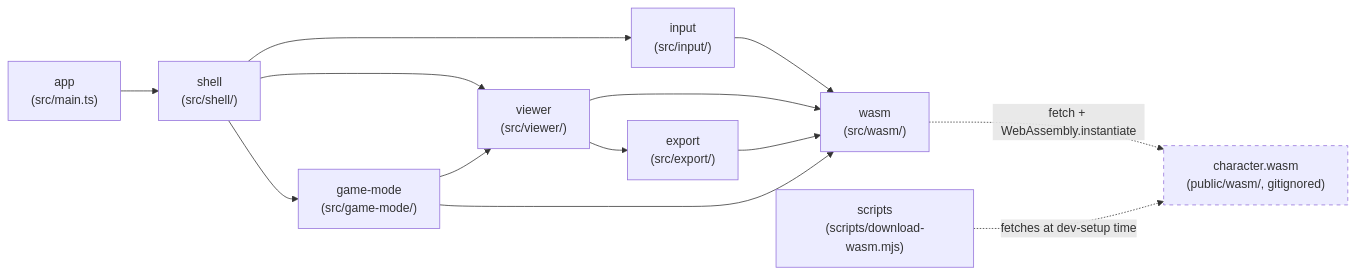
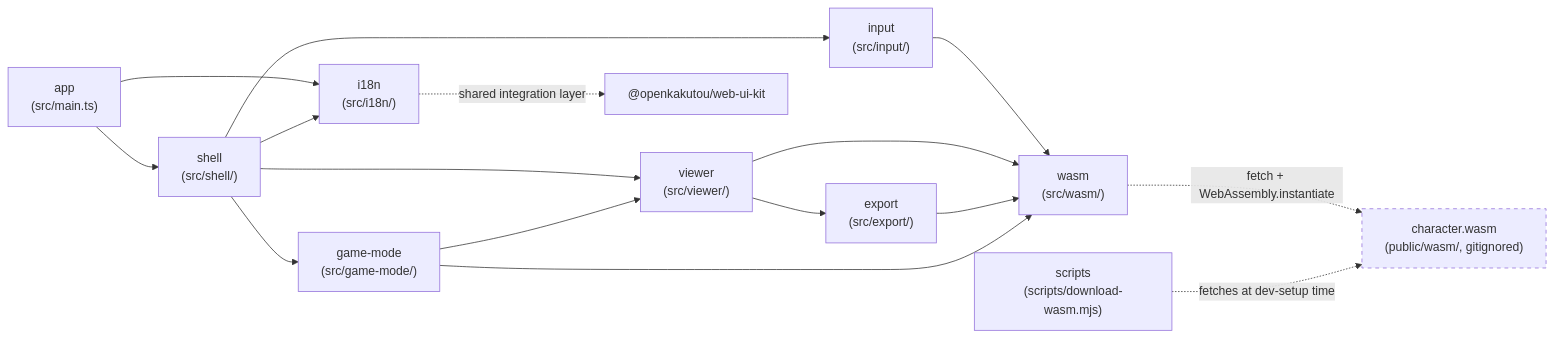
The diagram in docs/architecture.md (openkakutou/character-viewer-web), drawn with Mermaid before and after one commit. The commit also changed other lines of this file and 30 other files, not shown here.

````diff
--- a/docs/architecture.md
+++ b/docs/architecture.md
@@ -13,17 +15,20 @@
 ```mermaid
 flowchart LR
     app["app\n(src/main.ts)"] --> shell["shell\n(src/shell/)"]
     shell --> input["input\n(src/input/)"]
     shell --> viewer["viewer\n(src/viewer/)"]
     shell --> gamemode["game-mode\n(src/game-mode/)"]
     viewer --> export["export\n(src/export/)"]
     input --> wasm["wasm\n(src/wasm/)"]
     viewer --> wasm
     export --> wasm
     gamemode --> wasm
     gamemode --> viewer
     wasm -.->|fetch + WebAssembly.instantiate| module["character.wasm\n(public/wasm/, gitignored)"]
     scripts["scripts\n(scripts/download-wasm.mjs)"] -.->|fetches at dev-setup time| module
+    app --> i18n["i18n\n(src/i18n/)"]
+    shell --> i18n
+    i18n -.->|shared integration layer| wuik["@openkakutou/web-ui-kit"]
 
     style module stroke-dasharray: 5 5
 ```
````
